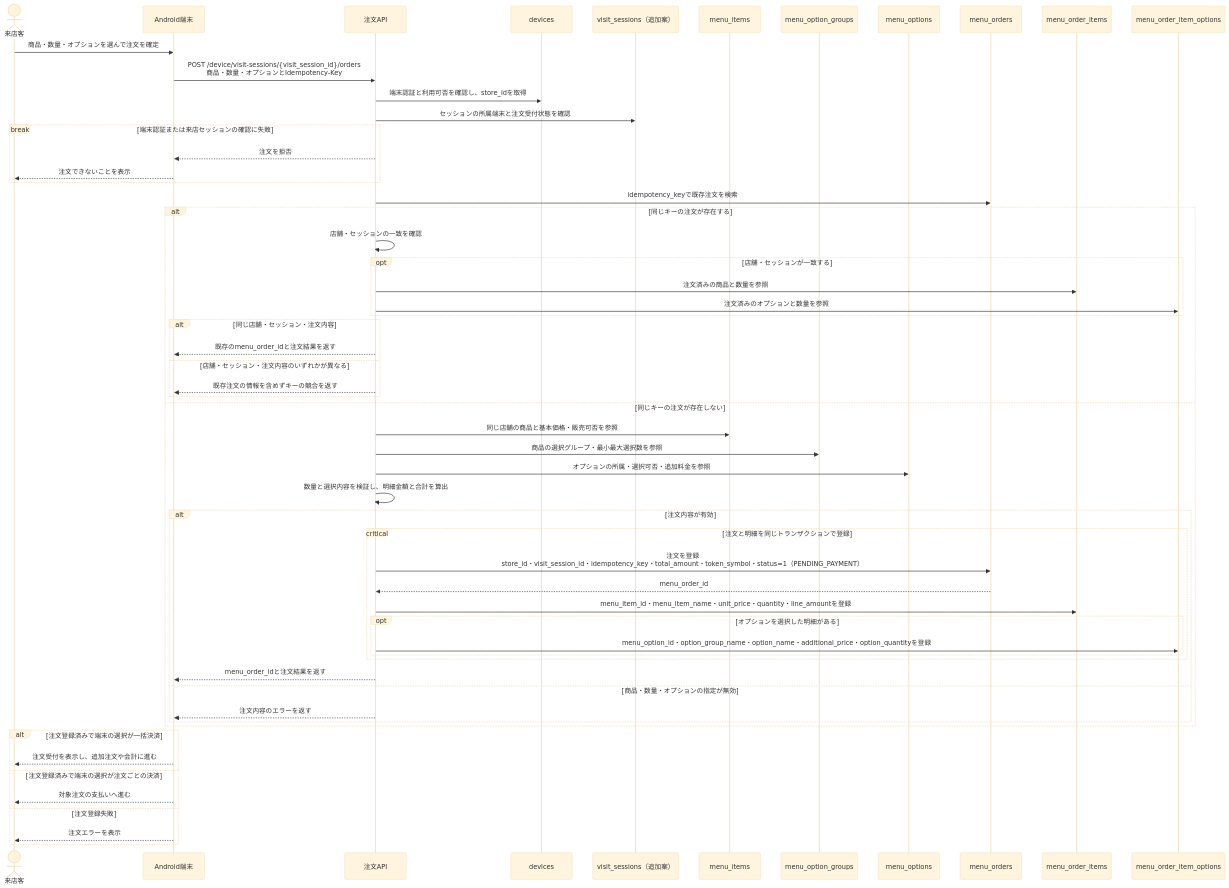
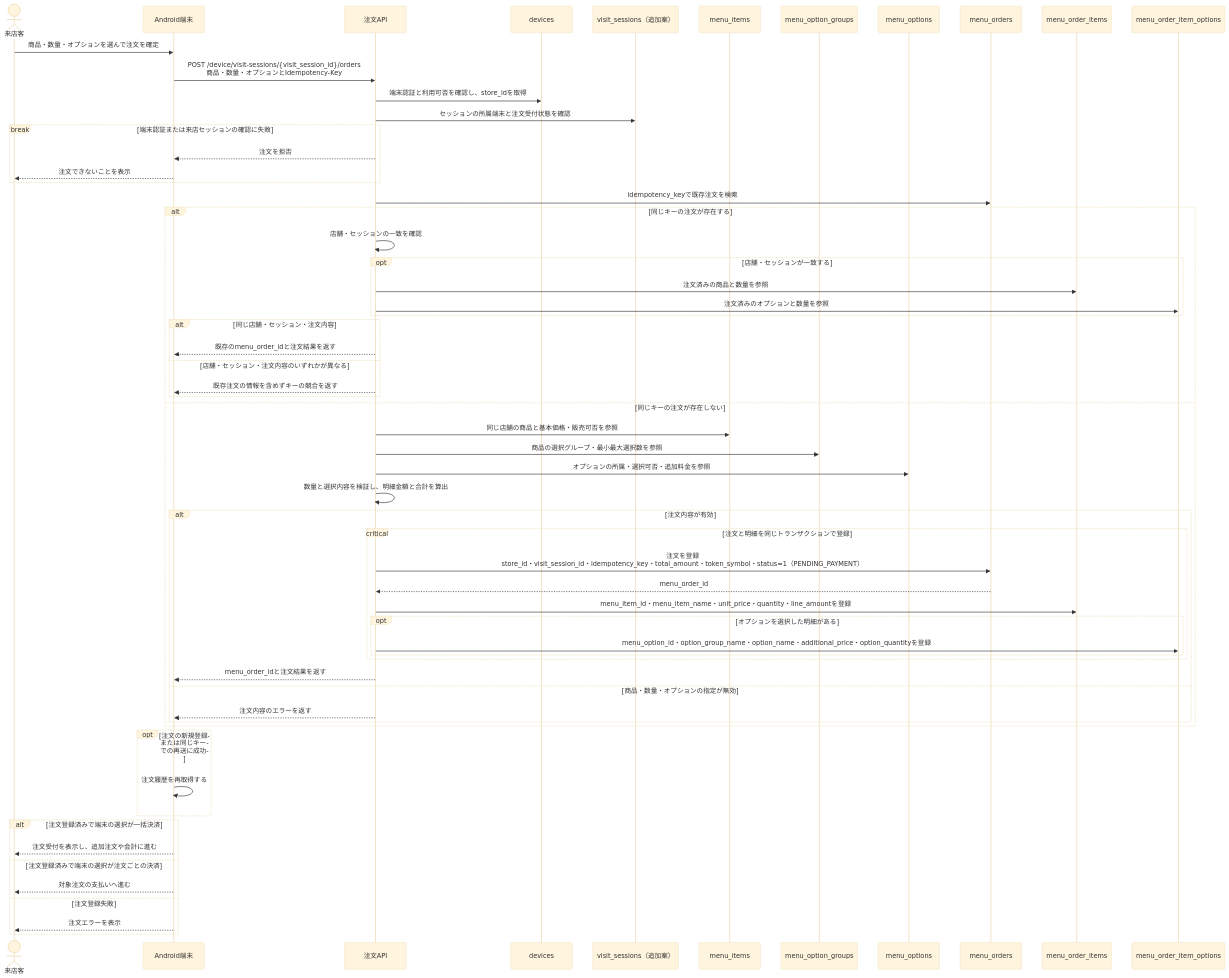
One commit to terao06/teraid-pay-api changed the fourth of 9 diagrams in docs/メニューオーダーフロー.md. Above: the diagram before and after it, drawn with Mermaid (base theme). The commit also changed other lines of this file and 19 other files, not shown here.

````diff
--- a/docs/メニューオーダーフロー.md
+++ b/docs/メニューオーダーフロー.md
@@ -169,62 +169,65 @@
 ```mermaid
 sequenceDiagram
     actor Guest as 来店客
     participant Device as Android端末
     participant API as 注文API
     participant Devices as devices
     participant Visits as visit_sessions（追加案）
     participant Items as menu_items
     participant Groups as menu_option_groups
     participant Options as menu_options
     participant Orders as menu_orders
     participant OrderItems as menu_order_items
     participant OrderOptions as menu_order_item_options
 
     Guest->>Device: 商品・数量・オプションを選んで注文を確定
     Device->>API: POST /device/visit-sessions/{visit_session_id}/orders<br/>商品・数量・オプションとIdempotency-Key
     API->>Devices: 端末認証と利用可否を確認し、store_idを取得
     API->>Visits: セッションの所属端末と注文受付状態を確認
     break 端末認証または来店セッションの確認に失敗
         API-->>Device: 注文を拒否
         Device-->>Guest: 注文できないことを表示
     end
 
     API->>Orders: idempotency_keyで既存注文を検索
     alt 同じキーの注文が存在する
         API->>API: 店舗・セッションの一致を確認
         opt 店舗・セッションが一致する
             API->>OrderItems: 注文済みの商品と数量を参照
             API->>OrderOptions: 注文済みのオプションと数量を参照
         end
         alt 同じ店舗・セッション・注文内容
             API-->>Device: 既存のmenu_order_idと注文結果を返す
         else 店舗・セッション・注文内容のいずれかが異なる
             API-->>Device: 既存注文の情報を含めずキーの競合を返す
         end
     else 同じキーの注文が存在しない
         API->>Items: 同じ店舗の商品と基本価格・販売可否を参照
         API->>Groups: 商品の選択グループ・最小最大選択数を参照
         API->>Options: オプションの所属・選択可否・追加料金を参照
         API->>API: 数量と選択内容を検証し、明細金額と合計を算出
         alt 注文内容が有効
             critical 注文と明細を同じトランザクションで登録
                 API->>Orders: 注文を登録<br/>store_id・visit_session_id・idempotency_key・total_amount・token_symbol・status=1（PENDING_PAYMENT）
                 Orders-->>API: menu_order_id
                 API->>OrderItems: menu_item_id・menu_item_name・unit_price・quantity・line_amountを登録
                 opt オプションを選択した明細がある
                     API->>OrderOptions: menu_option_id・option_group_name・option_name・additional_price・option_quantityを登録
                 end
             end
             API-->>Device: menu_order_idと注文結果を返す
         else 商品・数量・オプションの指定が無効
             API-->>Device: 注文内容のエラーを返す
         end
     end
+    opt 注文の新規登録または同じキーでの再送に成功
+        Device->>Device: 注文履歴を再取得する
+    end
     alt 注文登録済みで端末の選択が一括決済
         Device-->>Guest: 注文受付を表示し、追加注文や会計に進む
     else 注文登録済みで端末の選択が注文ごとの決済
         Device-->>Guest: 対象注文の支払いへ進む
     else 注文登録失敗
         Device-->>Guest: 注文エラーを表示
     end
 ```
````
